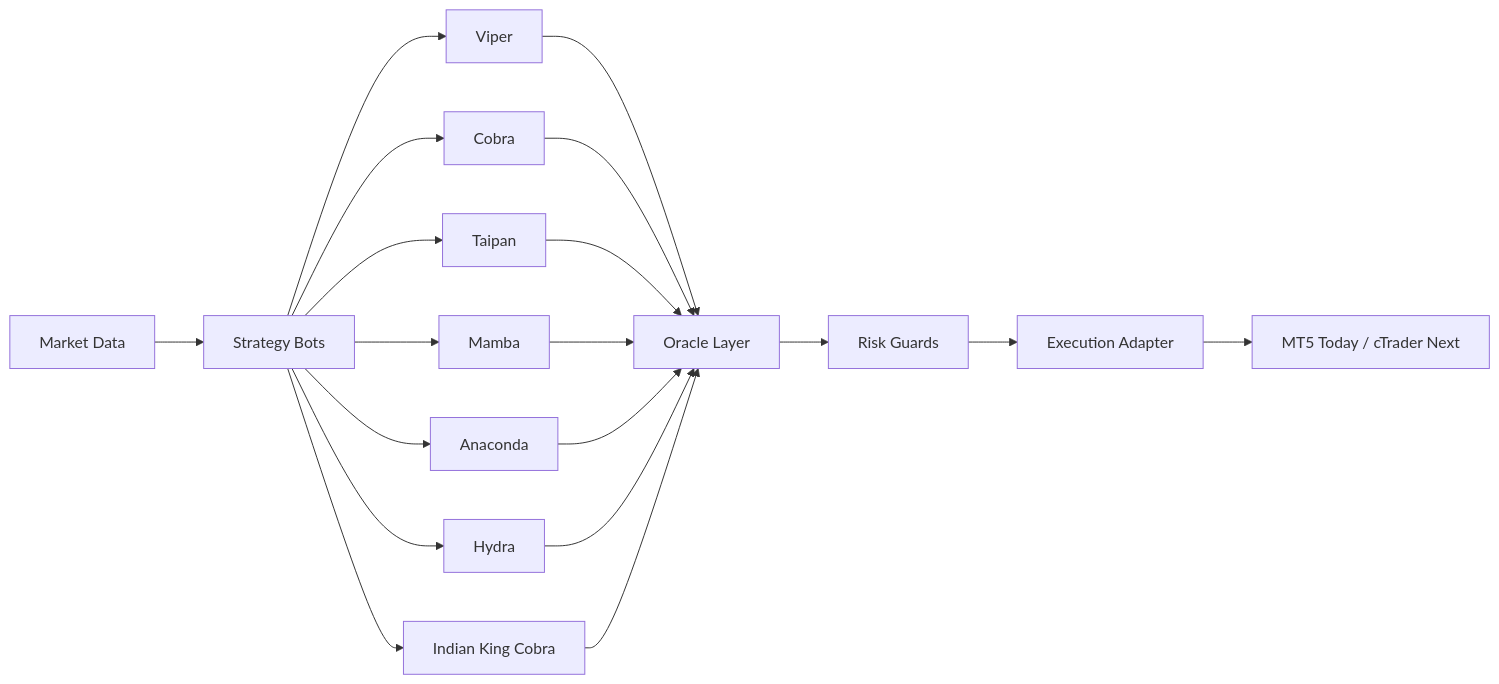
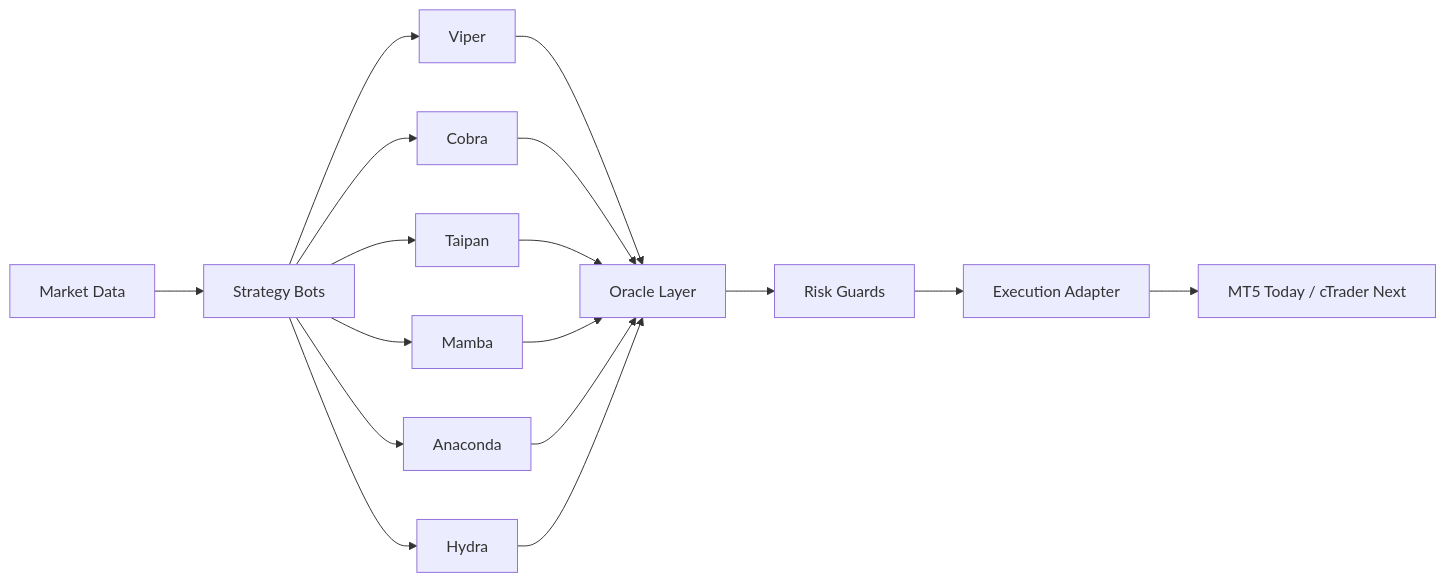
One commit to glitch-exec-labs/glitch-trading-core changed the diagram in README.md. Above: the diagram before and after it, drawn with Mermaid. The commit also changed other lines of this file and 4 other files, not shown here.

````diff
--- a/README.md
+++ b/README.md
@@ -65,21 +65,19 @@
 ```mermaid
 flowchart LR
     A["Market Data"] --> B["Strategy Bots"]
     B --> B1["Viper"]
     B --> B2["Cobra"]
     B --> B3["Taipan"]
     B --> B4["Mamba"]
     B --> B5["Anaconda"]
     B --> B6["Hydra"]
-    B --> B7["Indian King Cobra"]
     B1 --> C["Oracle Layer"]
     B2 --> C
     B3 --> C
     B4 --> C
     B5 --> C
     B6 --> C
-    B7 --> C
     C --> D["Risk Guards"]
     D --> E["Execution Adapter"]
     E --> F["MT5 Today / cTrader Next"]
 ```
````
